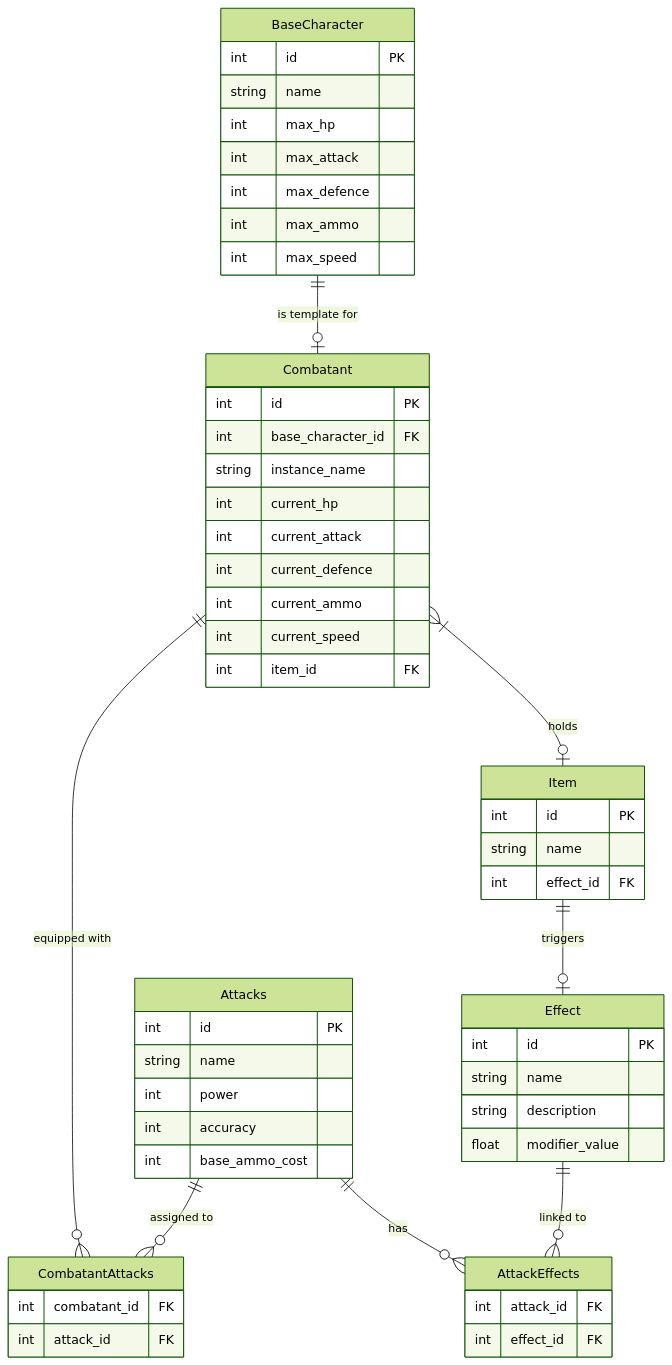
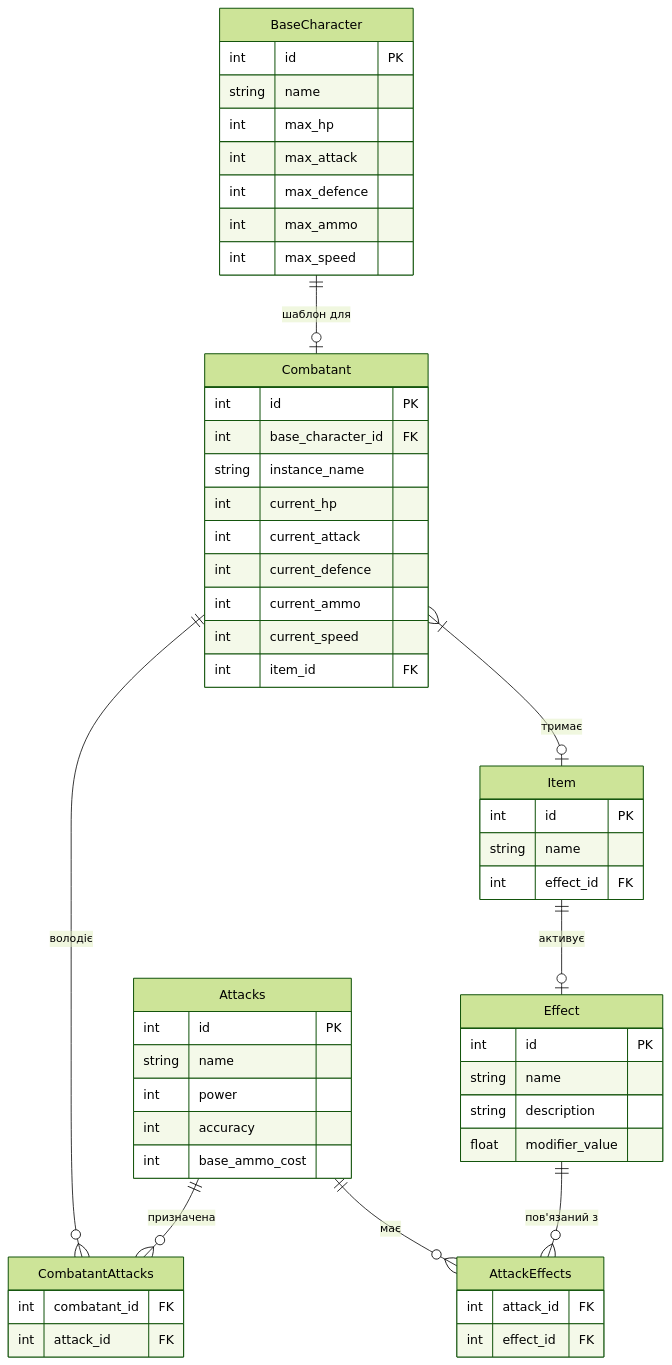
Before and after one commit to Temonchik01/DataBaseLabs: the diagram in Lab1/ERDiagram.md, drawn with Mermaid (forest theme).

Commit message:
Translate ER diagram labels

````diff
--- a/Lab1/ERDiagram.md
+++ b/Lab1/ERDiagram.md
@@ -1,63 +1,63 @@
 ```mermaid
 erDiagram
-    BaseCharacter ||--o| Combatant : "is template for"
-    Combatant ||--o{ CombatantAttacks : "equipped with"
-    Attacks ||--o{ CombatantAttacks : "assigned to"
-    Combatant }|--o| Item : "holds"
-    Attacks ||--o{ AttackEffects : "has"
-    Effect ||--o{ AttackEffects : "linked to"
-    Item ||--o| Effect : "triggers"
+BaseCharacter ||--o| Combatant : "шаблон для"
+    Combatant ||--o{ CombatantAttacks : "володіє"
+    Attacks ||--o{ CombatantAttacks : "призначена"
+    Combatant }|--o| Item : "тримає"
+    Attacks ||--o{ AttackEffects : "має"
+    Effect ||--o{ AttackEffects : "пов'язаний з"
+    Item ||--o| Effect : "активує"
 
     BaseCharacter {
         int id PK
         string name
         int max_hp
         int max_attack
         int max_defence
         int max_ammo
         int max_speed
     }
 
     Combatant {
         int id PK
         int base_character_id FK
         string instance_name
         int current_hp
         int current_attack
         int current_defence
         int current_ammo
         int current_speed
         int item_id FK
     }
 
     Attacks {
         int id PK
         string name
         int power
         int accuracy
         int base_ammo_cost
     }
 
     CombatantAttacks {
         int combatant_id FK
         int attack_id FK
     }
 
     Item {
         int id PK
         string name
         int effect_id FK
     }
 
     Effect {
         int id PK
         string name
         string description
         float modifier_value
     }
 
     AttackEffects {
         int attack_id FK
         int effect_id FK
     }
 ```
````
